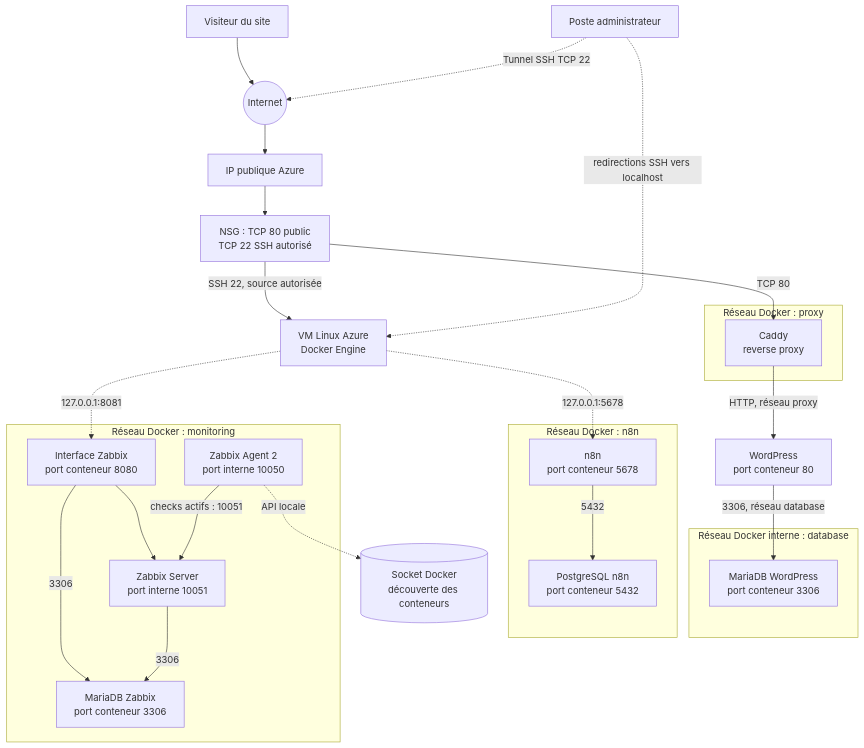
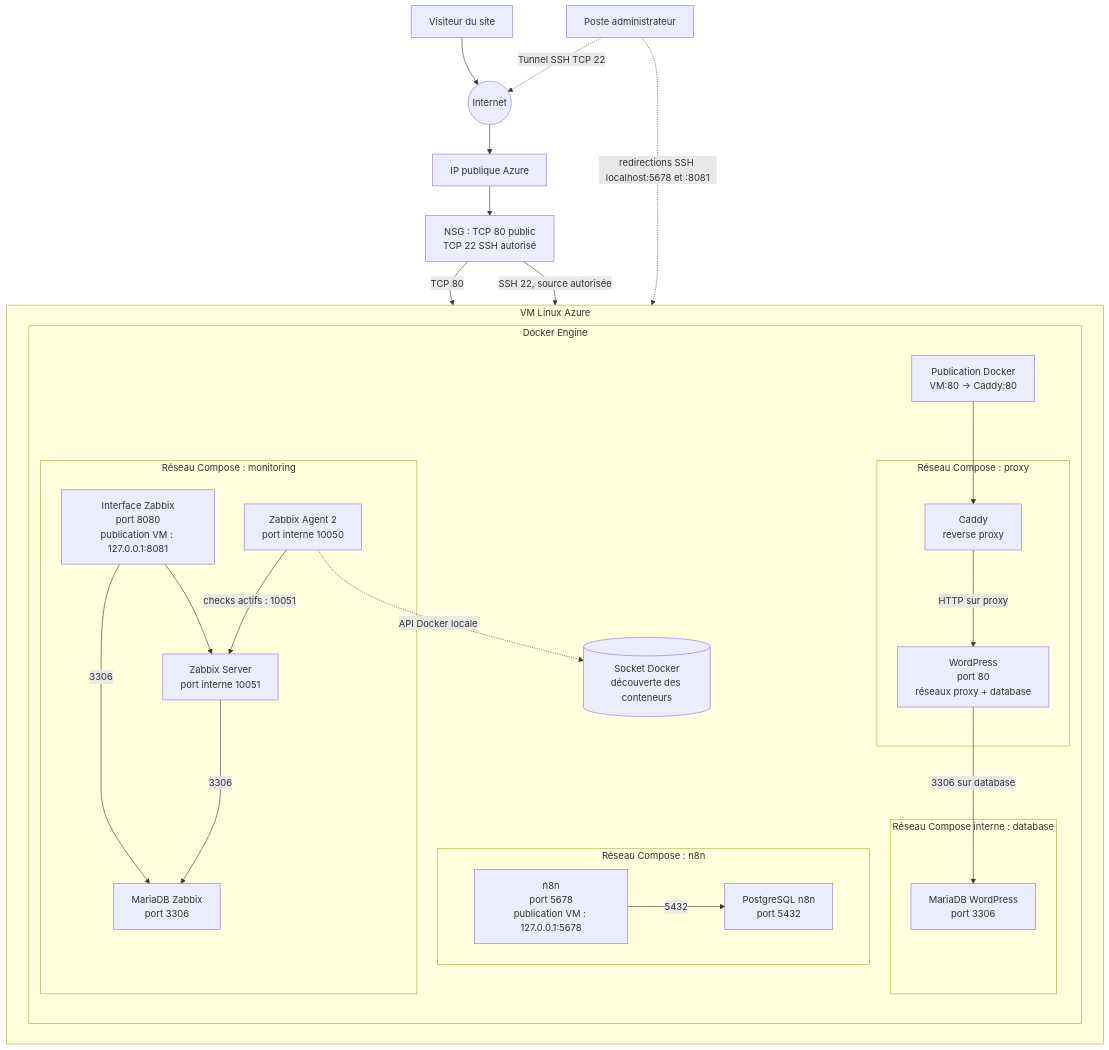
One commit to Sam-Radji/Groupe1 changed the diagram in README.md. Above: the diagram before and after it, drawn with Mermaid.

Commit message:
Correct Docker architecture diagram

````diff
--- a/README.md
+++ b/README.md
@@ -18,50 +18,54 @@
 ```mermaid
 flowchart TB
     Internet((Internet))
     Visitor[Visiteur du site]
     Admin[Poste administrateur]
     PublicIP[IP publique Azure]
     NSG[NSG : TCP 80 public<br/>TCP 22 SSH autorisé]
-    Host[VM Linux Azure<br/>Docker Engine]
-
-    subgraph proxy_net["Réseau Docker : proxy"]
-        Caddy["Caddy<br/>reverse proxy"]
-    end
-
-    subgraph wp_db_net["Réseau Docker interne : database"]
-        WPDB["MariaDB WordPress<br/>port conteneur 3306"]
-    end
-
-    subgraph n8n_net["Réseau Docker : n8n"]
-        N8N["n8n<br/>port conteneur 5678"]
-        N8NDB["PostgreSQL n8n<br/>port conteneur 5432"]
-    end
-
-    subgraph monitoring_net["Réseau Docker : monitoring"]
-        ZabbixWeb["Interface Zabbix<br/>port conteneur 8080"]
-        ZabbixServer["Zabbix Server<br/>port interne 10051"]
-        ZabbixDB["MariaDB Zabbix<br/>port conteneur 3306"]
-        ZabbixAgent["Zabbix Agent 2<br/>port interne 10050"]
-    end
-
-    DockerSocket[(Socket Docker<br/>découverte des conteneurs)]
-    WordPress["WordPress<br/>port conteneur 80"]
 
     Visitor --> Internet --> PublicIP
     Admin -. "Tunnel SSH TCP 22" .-> Internet
     PublicIP --> NSG
-    NSG -->|"TCP 80"| Caddy
-    NSG -->|"SSH 22, source autorisée"| Host
-    Admin -. "redirections SSH vers localhost" .-> Host
-    Caddy -->|"HTTP, réseau proxy"| WordPress
-    WordPress -->|"3306, réseau database"| WPDB
+    NSG -->|"TCP 80"| VM
+    NSG -->|"SSH 22, source autorisée"| VM
+    Admin -. "redirections SSH localhost:5678 et :8081" .-> VM
+
+    subgraph VM["VM Linux Azure"]
+        subgraph Docker["Docker Engine"]
+            PublishedHTTP["Publication Docker<br/>VM:80 → Caddy:80"]
+
+            subgraph proxy_net["Réseau Compose : proxy"]
+                Caddy["Caddy<br/>reverse proxy"]
+                WordPress["WordPress<br/>port 80<br/>réseaux proxy + database"]
+            end
+
+            subgraph wp_db_net["Réseau Compose interne : database"]
+                WPDB["MariaDB WordPress<br/>port 3306"]
+            end
+
+            subgraph n8n_net["Réseau Compose : n8n"]
+                N8N["n8n<br/>port 5678<br/>publication VM : 127.0.0.1:5678"]
+                N8NDB["PostgreSQL n8n<br/>port 5432"]
+            end
+
+            subgraph monitoring_net["Réseau Compose : monitoring"]
+                ZabbixWeb["Interface Zabbix<br/>port 8080<br/>publication VM : 127.0.0.1:8081"]
+                ZabbixServer["Zabbix Server<br/>port interne 10051"]
+                ZabbixDB["MariaDB Zabbix<br/>port 3306"]
+                ZabbixAgent["Zabbix Agent 2<br/>port interne 10050"]
+            end
+
+            DockerSocket[(Socket Docker<br/>découverte des conteneurs)]
+        end
+    end
+
+    PublishedHTTP --> Caddy
+    Caddy -->|"HTTP sur proxy"| WordPress
+    WordPress -->|"3306 sur database"| WPDB
     N8N -->|"5432"| N8NDB
     ZabbixWeb --> ZabbixServer
     ZabbixWeb -->|"3306"| ZabbixDB
     ZabbixServer -->|"3306"| ZabbixDB
     ZabbixAgent -->|"checks actifs : 10051"| ZabbixServer
-    ZabbixAgent -. "API locale" .-> DockerSocket
-
-    Host -. "127.0.0.1:5678" .-> N8N
-    Host -. "127.0.0.1:8081" .-> ZabbixWeb
+    ZabbixAgent -. "API Docker locale" .-> DockerSocket
 ```
````
